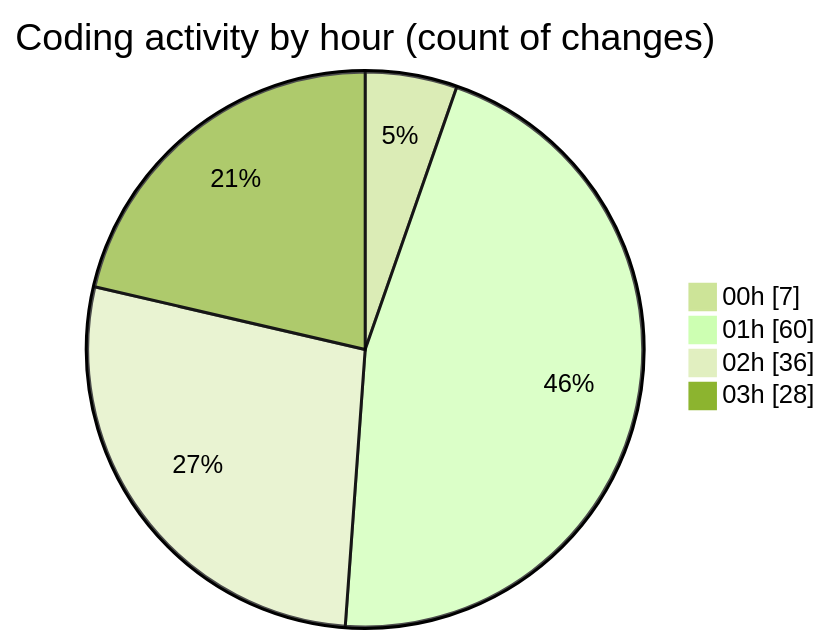
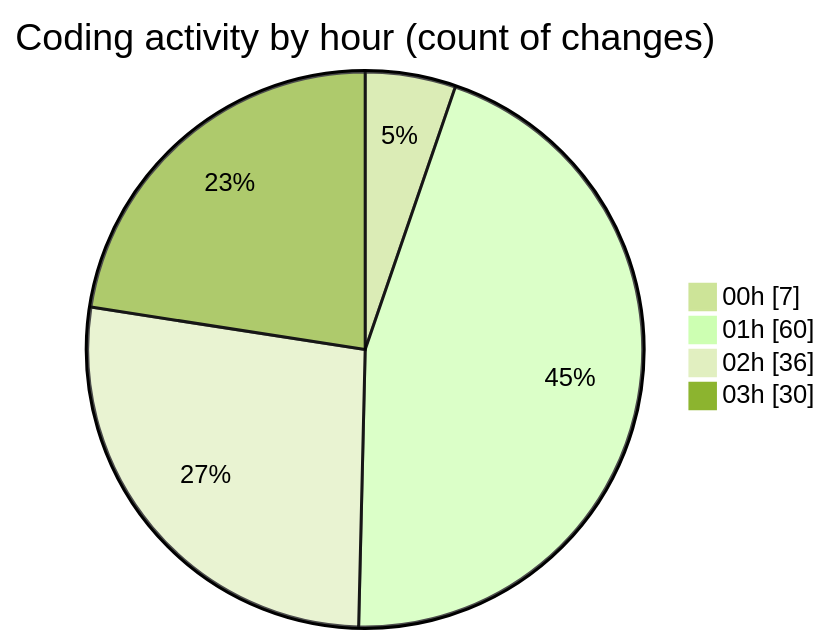
The second of 2 diagrams in 2025-10-07/eventscop-frontend-guide__workspace_/README.md (julien-gomy/code-tracking), drawn with Mermaid (forest theme) before and after one commit. The commit also changed other lines of this file and 1 other file, not shown here.

````diff
--- a/2025-10-07/eventscop-frontend-guide__workspace_/README.md
+++ b/2025-10-07/eventscop-frontend-guide__workspace_/README.md
@@ -85,8 +86,8 @@
 ```mermaid
 pie showData
 title Coding activity by hour (count of changes)
 "00h" : 7
 "01h" : 60
 "02h" : 36
-"03h" : 28
+"03h" : 30
 ```
````
